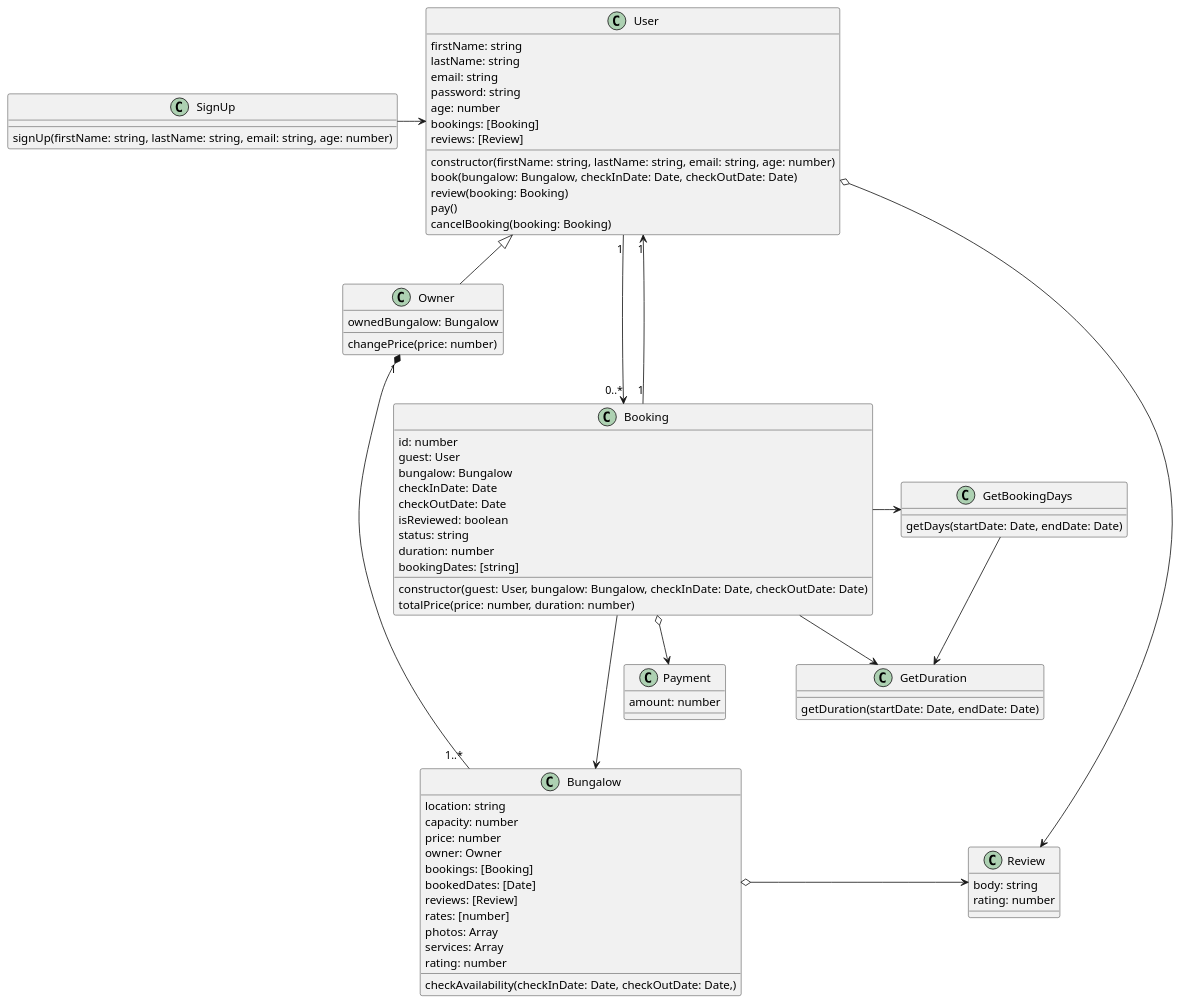
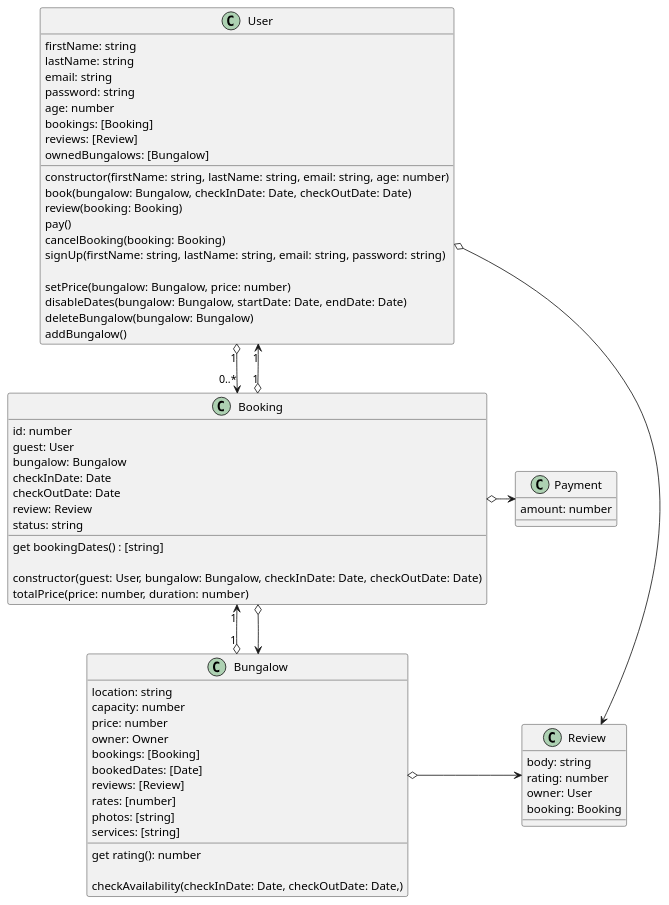
Before and after one commit to nsdumanlife/booking-app: the diagram in architecture/class.puml, drawn with PlantUML.

Commit message:
Update class UML diagram

```diff
--- a/architecture/class.puml
+++ b/architecture/class.puml
@@ -1,93 +1,75 @@
 @startuml Bungalow Booking Class Diagram
 class User{
     firstName: string
     lastName: string
     email: string
     password: string
     age: number
     bookings: [Booking]
     reviews: [Review]
+    ownedBungalows: [Bungalow]
 
     constructor(firstName: string, lastName: string, email: string, age: number)
     book(bungalow: Bungalow, checkInDate: Date, checkOutDate: Date)
     review(booking: Booking)
     pay()
     cancelBooking(booking: Booking)
+    signUp(firstName: string, lastName: string, email: string, password: string)
+
+    setPrice(bungalow: Bungalow, price: number)
+    disableDates(bungalow: Bungalow, startDate: Date, endDate: Date)
+    deleteBungalow(bungalow: Bungalow)
+    addBungalow()
 }
-
 
 class Bungalow{
     location: string
     capacity: number
     price: number
     owner: Owner
     bookings: [Booking]
     bookedDates: [Date]
     reviews: [Review]
     rates: [number]
-    photos: Array
-    services: Array
-    rating: number
+    photos: [string]
+    services: [string]
+    get rating(): number
 
     checkAvailability(checkInDate: Date, checkOutDate: Date,)
+
 }
 
 class Booking{
     id: number
     guest: User
     bungalow: Bungalow
     checkInDate: Date
     checkOutDate: Date
-    isReviewed: boolean
+    review: Review
     status: string
-    duration: number
-    bookingDates: [string]
+    get bookingDates() : [string]
 
     constructor(guest: User, bungalow: Bungalow, checkInDate: Date, checkOutDate: Date)
     totalPrice(price: number, duration: number)
 }
 
-class Owner extends User{
-    ownedBungalow: Bungalow
-    changePrice(price: number)
-}
-
 class Review {
     body: string
     rating: number
-}
-
-class GetBookingDays {
-    getDays(startDate: Date, endDate: Date)
-}
-
-class GetDuration {
-    getDuration(startDate: Date, endDate: Date)
-}
-
-class SignUp{
-    signUp(firstName: string, lastName: string, email: string, age: number)
+    owner: User
+    booking: Booking
 }
 
 class Payment{
     amount: number
 }
 
 Bungalow o-> Review
-User o-> Review
-
-User "1" --->"0..*" Booking
-Booking "1" --->"1" User
-Booking -> GetBookingDays
-Booking -> GetDuration
-Booking ---> Bungalow
-
-Owner "1" *- "1..*" Bungalow
-
-GetBookingDays --> GetDuration
-
-SignUp -> User
-
-Booking o--> Payment
+User o--> Review
+User "1" o-->"0..*" Booking
+Booking "1" o-->"1" User
+Booking "1" <--o "1" Bungalow
+Booking o--> Bungalow
+Booking o-> Payment
 
 @enduml
```
